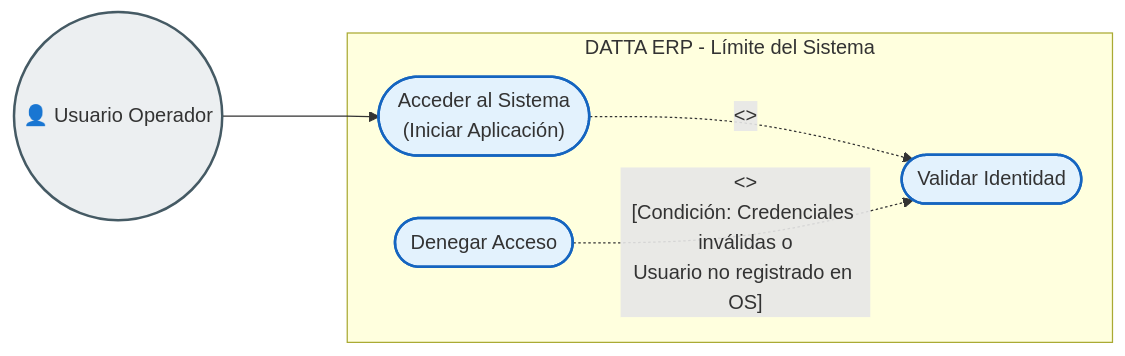
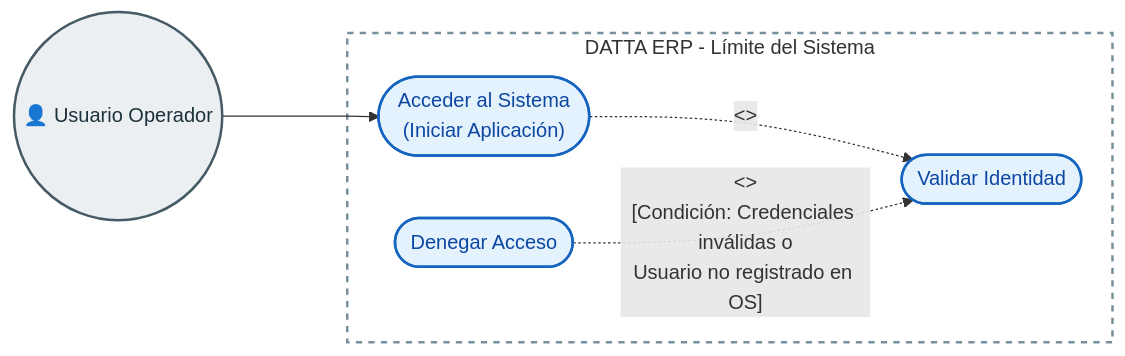
One commit to arturomiranda/ds-qs changed the second of 4 diagrams in data/1. Principales/Tablas/000_Proceso_Arranque_normal.md. Above: the diagram before and after it, drawn with Mermaid. The commit also changed other lines of this file, not shown here.

Commit message:
se corrogio los colores de los diagramas de 000_proceso_arranque

````diff
--- a/data/1. Principales/Tablas/000_Proceso_Arranque_normal.md
+++ b/data/1. Principales/Tablas/000_Proceso_Arranque_normal.md
@@ -86,28 +85,33 @@
 ```mermaid
 flowchart LR
-    classDef actor fill:#eceff1,stroke:#455a64,stroke-width:2px
-    classDef usecase fill:#e3f2fd,stroke:#1565c0,stroke-width:2px,shape:ellipse
+    %% Forzamos 'color' oscuro para que el texto no se vuelva blanco en modo oscuro
+    classDef actor fill:#eceff1,stroke:#455a64,stroke-width:2px,color:#1c313a
+    classDef usecase fill:#e3f2fd,stroke:#1565c0,stroke-width:2px,shape:ellipse,color:#0d47a1
 
     %% Actores Verdaderos (Externos al Sistema)
     Usuario(("👤 Usuario Operador")):::actor
 
-    subgraph "DATTA ERP - Límite del Sistema"
+    %% Usamos un ID para el subgraph ("sistema") para poder estilizarlo correctamente
+    subgraph sistema ["DATTA ERP - Límite del Sistema"]
         %% El caso de uso es la META del usuario
         Login(["Acceder al Sistema\n(Iniciar Aplicación)"]):::usecase
-        
+
         %% Caso de uso incluido (Reutilizable/Mandatorio)
         Auth(["Validar Identidad"]):::usecase
-        
+
         %% Caso de extensión (Flujo alterno de excepción)
         Bloquear(["Denegar Acceso"]):::usecase
     end
 
+    %% Estilo del subgraph: fondo transparente y borde discontinuo que resalta en ambos modos
+    style sistema fill:none,stroke:#78909c,stroke-width:2px,stroke-dasharray: 5 5
+
     %% Relaciones
     Usuario ---> Login
-    
+
     %% Inclusión: Para acceder, el sistema obligatoriamente valida identidad
     Login -. "<<include>>" .-> Auth
-    
+
     %% Extensión: Bloquear extiende a Validar Identidad SOLO si falla la condición
     Bloquear -. "<<extend>>\n[Condición: Credenciales inválidas o\nUsuario no registrado en OS]" .-> Auth
 ```
````
